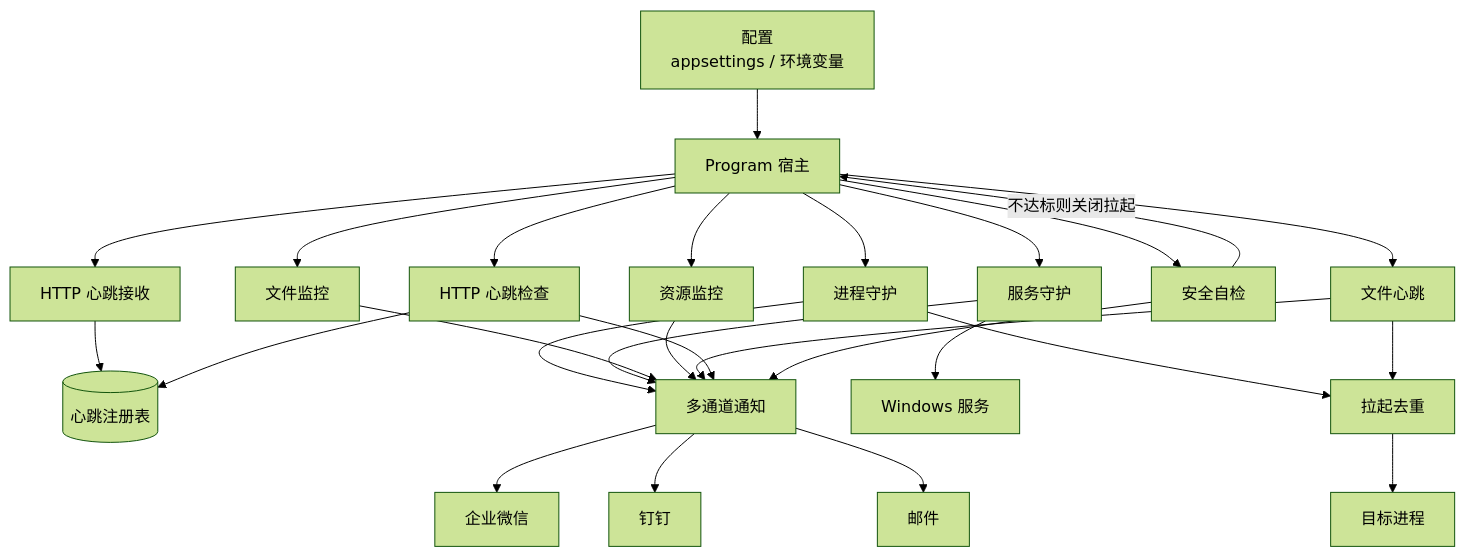
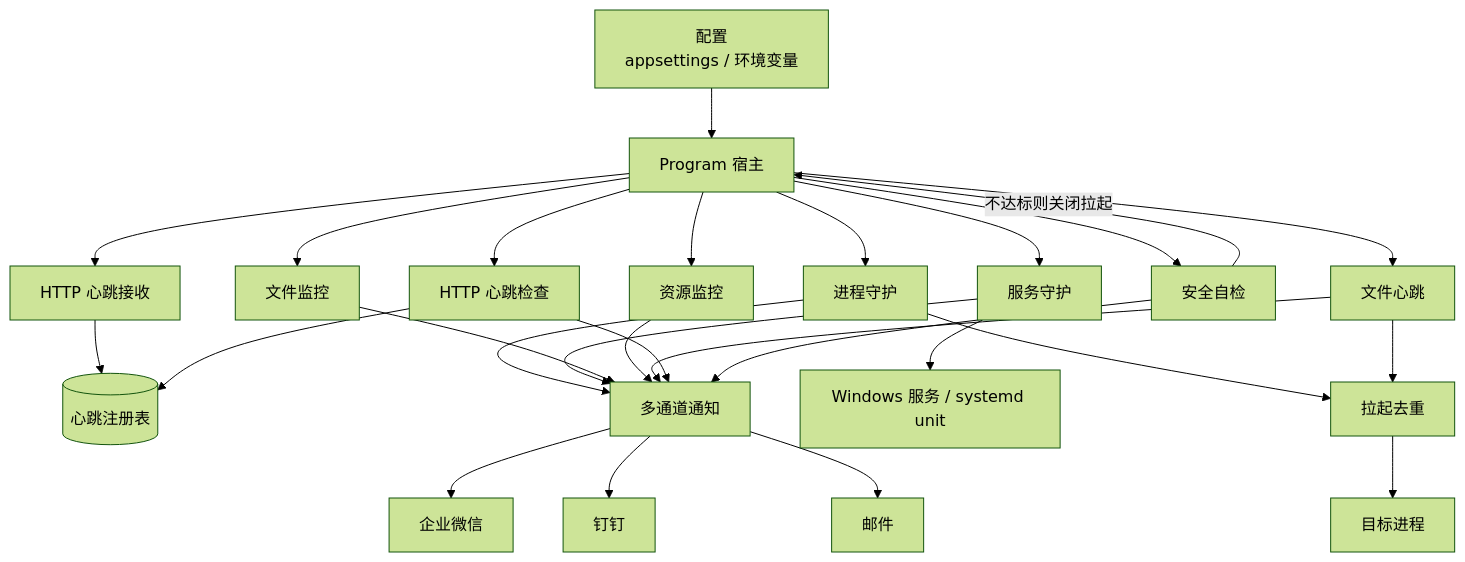
One commit to xk31415/NightWatch changed the diagram in README.md. Above: the diagram before and after it, drawn with Mermaid (forest theme). The commit also changed other lines of this file and 1 other file, not shown here.

````diff
--- a/README.md
+++ b/README.md
@@ -51,34 +62,34 @@
 ```mermaid
 flowchart TB
   CFG[配置<br/>appsettings / 环境变量] --> HOST[Program 宿主]
   HOST --> SEC[安全自检]
   SEC -->|不达标则关闭拉起| HOST
 
   HOST --> PM[进程守护]
   HOST --> SM[服务守护]
   HOST --> FM[文件监控]
   HOST --> RM[资源监控]
   HOST --> FH[文件心跳]
   HOST --> API[HTTP 心跳接收]
   HOST --> HH[HTTP 心跳检查]
 
   API --> REG[(心跳注册表)]
   HH --> REG
 
   PM --> COORD[拉起去重]
   FH --> COORD
   COORD --> EXE[目标进程]
-  SM --> SVC[Windows 服务]
+  SM --> SVC[Windows 服务 / systemd unit]
 
   PM --> N[多通道通知]
   SM --> N
   FM --> N
   RM --> N
   FH --> N
   HH --> N
   SEC --> N
 
   N --> W[企业微信]
   N --> D[钉钉]
   N --> E[邮件]
 ```
````
